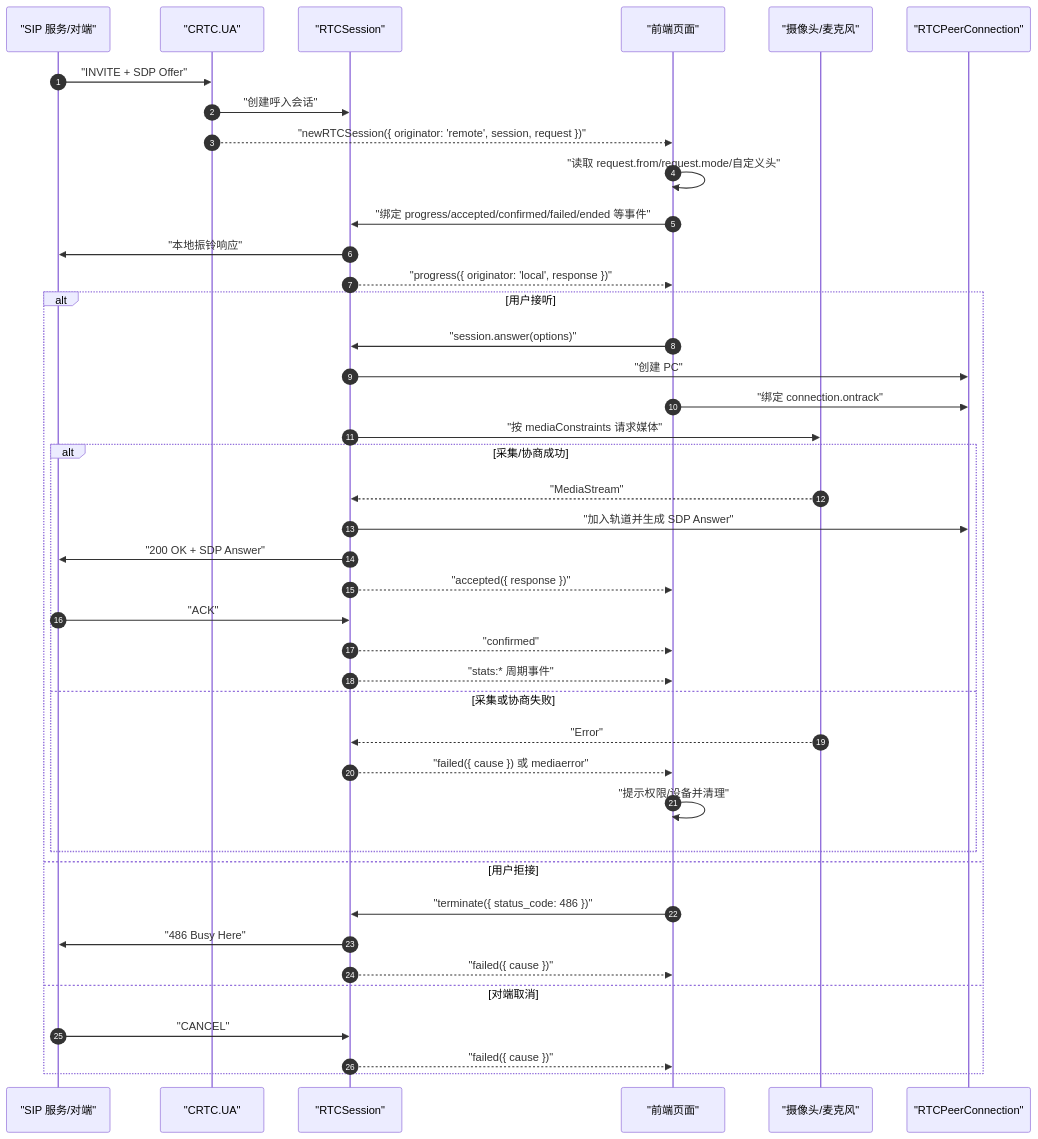
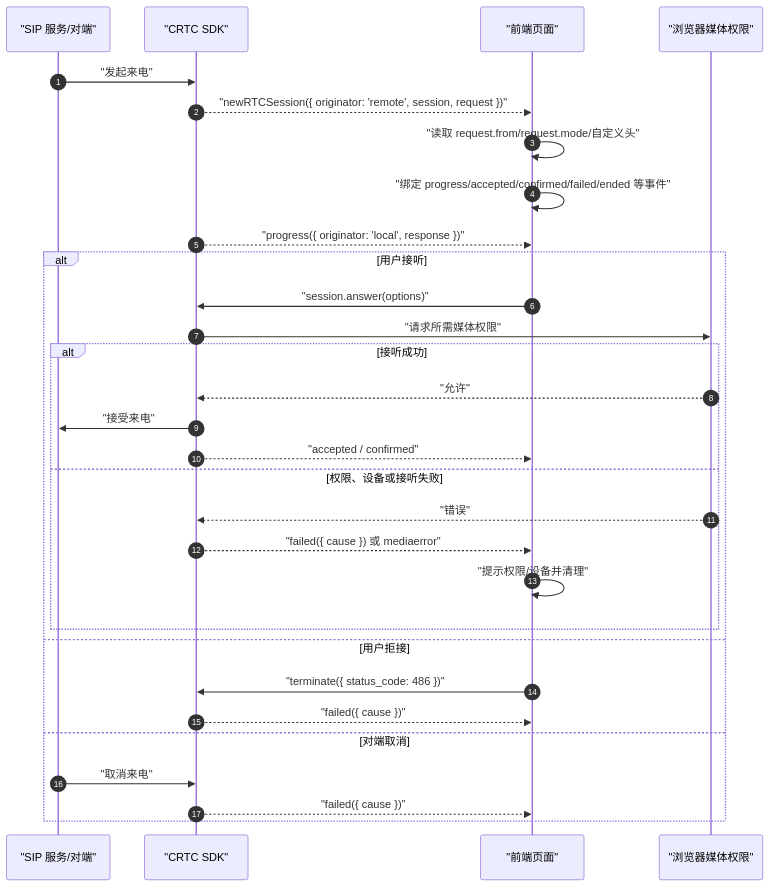
One commit to lei40251/JsSIP changed the fourth of 4 diagrams in docs/user-guide/03-call-lifecycle.md. Above: the diagram before and after it, drawn with Mermaid. The commit also changed other lines of this file and 21 other files, not shown here.

````diff
--- a/docs/user-guide/03-call-lifecycle.md
+++ b/docs/user-guide/03-call-lifecycle.md
@@ -250,44 +231,33 @@
 ```mermaid
 sequenceDiagram
     autonumber
     participant SIP as "SIP 服务/对端"
-    participant UA as "CRTC.UA"
-    participant Session as "RTCSession"
+    participant SDK as "CRTC SDK"
     participant Page as "前端页面"
-    participant Media as "摄像头/麦克风"
-    participant PC as "RTCPeerConnection"
+    participant Browser as "浏览器媒体权限"
 
-    SIP->>UA: "INVITE + SDP Offer"
-    UA->>Session: "创建呼入会话"
-    UA-->>Page: "newRTCSession({ originator: 'remote', session, request })"
+    SIP->>SDK: "发起来电"
+    SDK-->>Page: "newRTCSession({ originator: 'remote', session, request })"
     Page->>Page: "读取 request.from/request.mode/自定义头"
-    Page->>Session: "绑定 progress/accepted/confirmed/failed/ended 等事件"
-    Session->>SIP: "本地振铃响应"
-    Session-->>Page: "progress({ originator: 'local', response })"
+    Page->>Page: "绑定 progress/accepted/confirmed/failed/ended 等事件"
+    SDK-->>Page: "progress({ originator: 'local', response })"
     alt 用户接听
-        Page->>Session: "session.answer(options)"
-        Session->>PC: "创建 PC"
-        Page->>PC: "绑定 connection.ontrack"
-        Session->>Media: "按 mediaConstraints 请求媒体"
-        alt 采集/协商成功
-            Media-->>Session: "MediaStream"
-            Session->>PC: "加入轨道并生成 SDP Answer"
-            Session->>SIP: "200 OK + SDP Answer"
-            Session-->>Page: "accepted({ response })"
-            SIP->>Session: "ACK"
-            Session-->>Page: "confirmed"
-            Session-->>Page: "stats:* 周期事件"
-        else 采集或协商失败
-            Media-->>Session: "Error"
-            Session-->>Page: "failed({ cause }) 或 mediaerror"
+        Page->>SDK: "session.answer(options)"
+        SDK->>Browser: "请求所需媒体权限"
+        alt 接听成功
+            Browser-->>SDK: "允许"
+            SDK->>SIP: "接受来电"
+            SDK-->>Page: "accepted / confirmed"
+        else 权限、设备或接听失败
+            Browser-->>SDK: "错误"
+            SDK-->>Page: "failed({ cause }) 或 mediaerror"
             Page->>Page: "提示权限/设备并清理"
         end
     else 用户拒接
-        Page->>Session: "terminate({ status_code: 486 })"
-        Session->>SIP: "486 Busy Here"
-        Session-->>Page: "failed({ cause })"
+        Page->>SDK: "terminate({ status_code: 486 })"
+        SDK-->>Page: "failed({ cause })"
     else 对端取消
-        SIP->>Session: "CANCEL"
-        Session-->>Page: "failed({ cause })"
+        SIP->>SDK: "取消来电"
+        SDK-->>Page: "failed({ cause })"
     end
 ```
````
